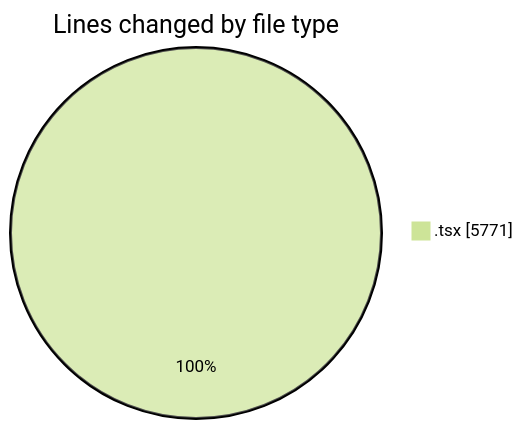
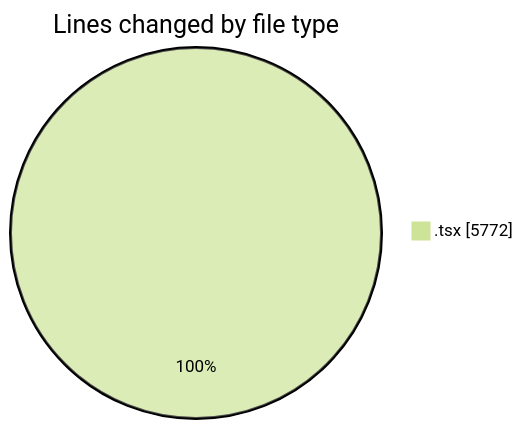
Before and after one commit to momahboobian/code-tracking: the first of 2 diagrams in 2025-12-04/cda/README.md, drawn with Mermaid (forest theme). The commit also changed other lines of this file and 1 other file, not shown here.

````diff
--- a/2025-12-04/cda/README.md
+++ b/2025-12-04/cda/README.md
@@ -22,5 +22,5 @@
 ```mermaid
 pie showData
 title Lines changed by file type
-".tsx" : 5771
+".tsx" : 5772
 ```
````
